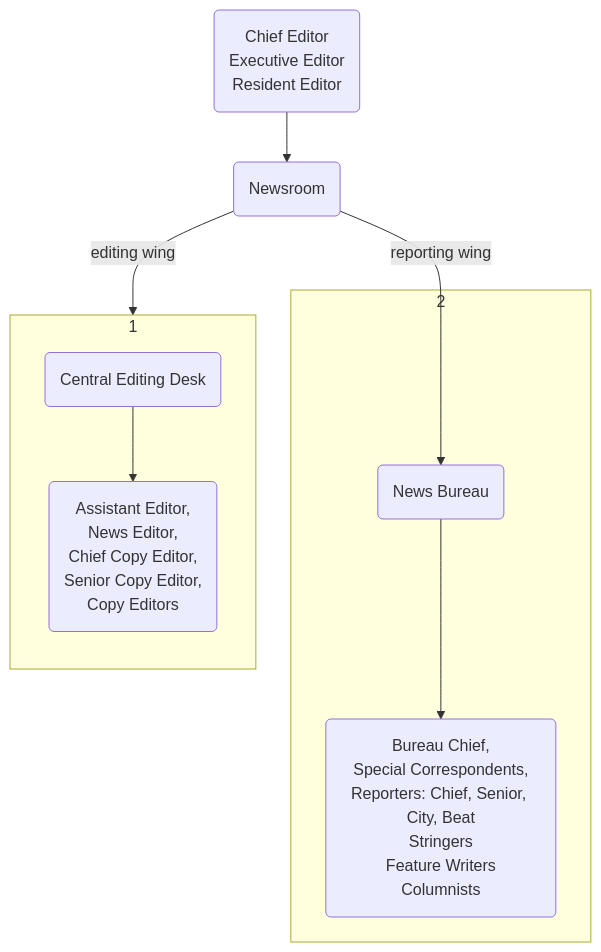
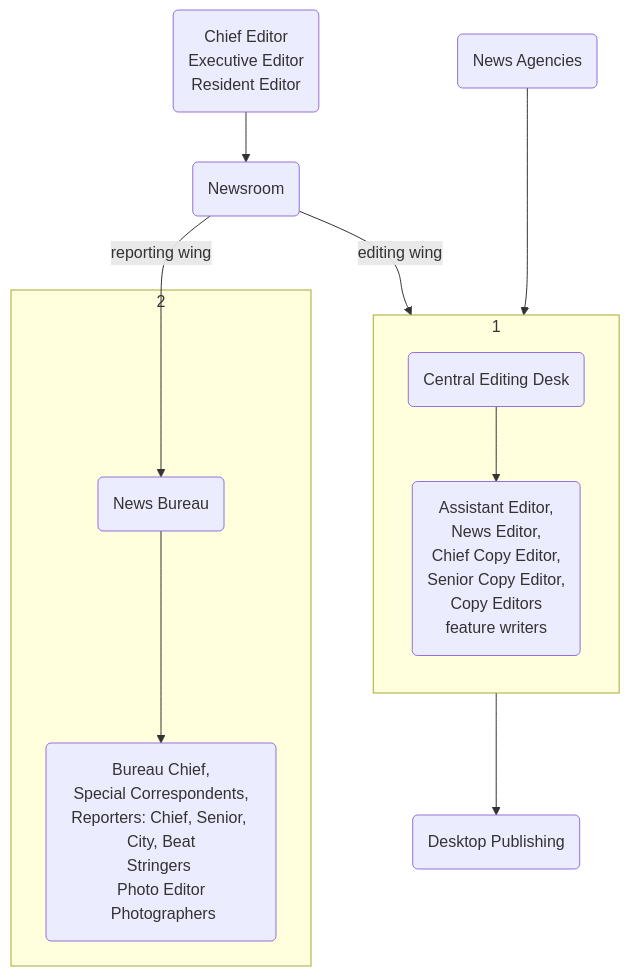
One commit to corvusdeinanis/cuddly-train changed the first of 2 diagrams in content/Editorial Structure of Newsroom and Roles.md. Above: the diagram before and after it, drawn with Mermaid. The commit also changed other lines of this file and 12 other files, not shown here.

````diff
--- a/content/Editorial Structure of Newsroom and Roles.md
+++ b/content/Editorial Structure of Newsroom and Roles.md
@@ -10,20 +10,23 @@
 ```mermaid
 flowchart TB
 
 X(Chief Editor <br> Executive Editor <br> Resident Editor)
 X-->A(Newsroom)
 
 subgraph 1
 direction TB
-B(Central Editing Desk)-->D(Assistant Editor,<br>News Editor, <br>Chief Copy Editor,<br>Senior Copy Editor,<br>Copy Editors)
+B(Central Editing Desk)-->D(Assistant Editor,<br>News Editor, <br>Chief Copy Editor,<br>Senior Copy Editor,<br>Copy Editors <br> feature writers)
 end
 
 subgraph 2
-C(News Bureau)-->E(Bureau Chief,<br>Special Correspondents,<br>Reporters: Chief, Senior, City, Beat<br>Stringers<br>Feature Writers<br>Columnists)
+C(News Bureau)-->E(Bureau Chief,<br>Special Correspondents,<br>Reporters: Chief, Senior, City, Beat<br>Stringers <br> Photo Editor <br> Photographers)
 
 end
 
 A-->|editing wing|B
 A-->|reporting wing|C
 
+N(News Agencies)--->B
+B-->P(Desktop Publishing)
+
 ```
````
